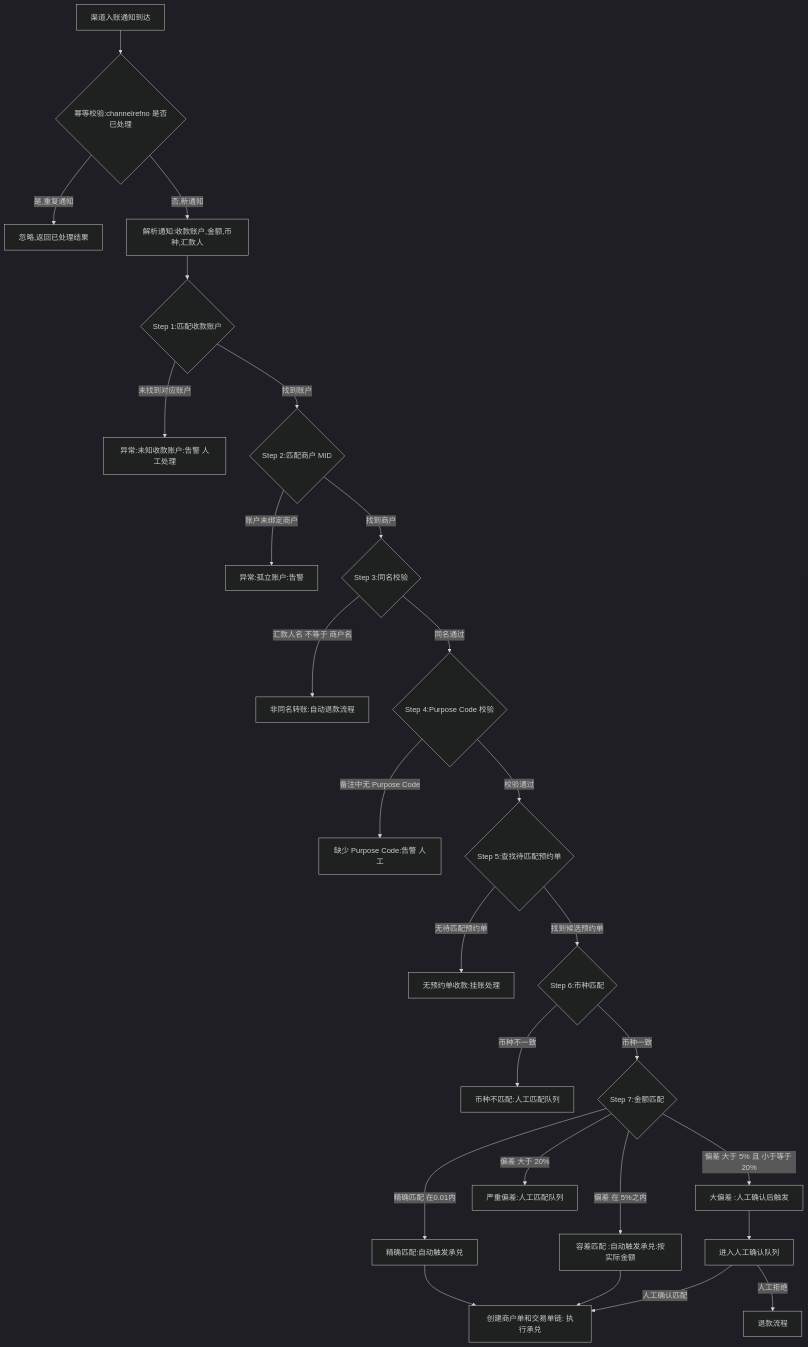
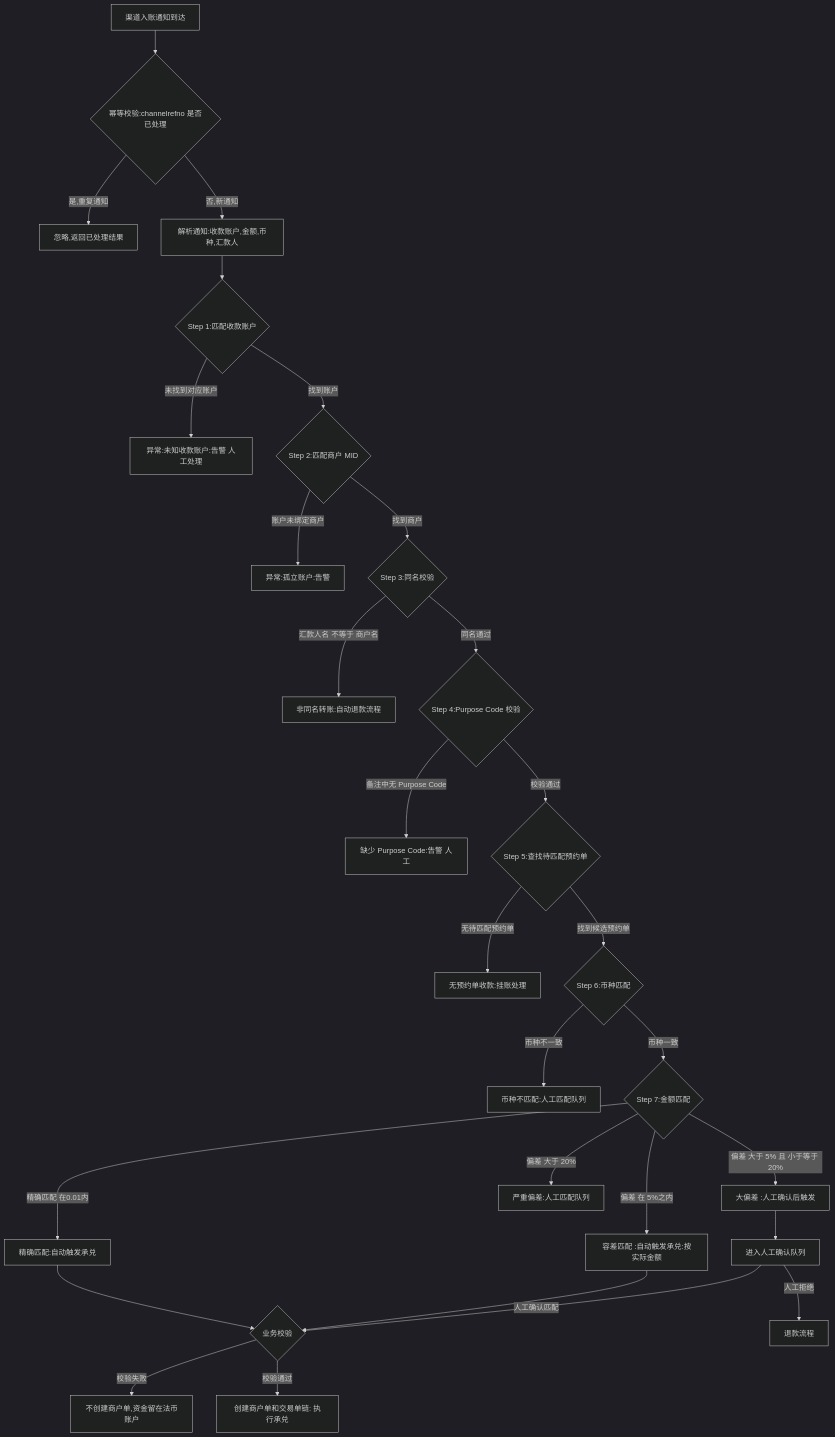
Diagram 11 of 19 in onofframp/prd/onramp-complete.md (xiaoxiaoangie/EX-NEW), drawn with Mermaid (dark theme) before and after one commit. The commit also changed other lines of this file and 10 other files, not shown here.

````diff
--- a/onofframp/prd/onramp-complete.md
+++ b/onofframp/prd/onramp-complete.md
@@ -1147,36 +1149,38 @@
 ```mermaid
 flowchart TD
     A[渠道入账通知到达] --> B{幂等校验:channelrefno 是否已处理}
     B -->|是,重复通知| B1[忽略,返回已处理结果]
     B -->|否,新通知| C[解析通知:收款账户,金额,币种,汇款人]
 
     C --> D{Step 1:匹配收款账户}
     D -->|未找到对应账户| D1[异常:未知收款账户:告警 人工处理]
     D -->|找到账户| E{Step 2:匹配商户 MID}
 
     E -->|账户未绑定商户| E1[异常:孤立账户:告警]
     E -->|找到商户| F{Step 3:同名校验}
 
     F -->|汇款人名 不等于 商户名| F1[非同名转账:自动退款流程]
     F -->|同名通过| G{Step 4:Purpose Code 校验}
 
     G -->|备注中无 Purpose Code| G1[缺少 Purpose Code:告警 人工]
     G -->|校验通过| H{Step 5:查找待匹配预约单}
 
     H -->|无待匹配预约单| H1[无预约单收款:挂账处理]
     H -->|找到候选预约单| I{Step 6:币种匹配}
 
     I -->|币种不一致| I1[币种不匹配:人工匹配队列]
     I -->|币种一致| J{Step 7:金额匹配}
 
     J -->|精确匹配 在0.01内| J1[精确匹配:自动触发承兑]
     J -->|偏差 在 5%之内| J2[容差匹配 :自动触发承兑:按实际金额]
     J -->|偏差 大于 5% 且 小于等于 20%| J3[大偏差 :人工确认后触发]
     J -->|偏差 大于 20%| J4[ 严重偏差:人工匹配队列]
 
-    J1 --> K[创建商户单和交易单链: 执行承兑]
-    J2 --> K
+    J1 --> K0{业务校验}
+    J2 --> K0
+    K0 -->|校验失败| K1[不创建商户单,资金留在法币账户]
+    K0 -->|校验通过| K[创建商户单和交易单链: 执行承兑]
     J3 --> L[进入人工确认队列]
-    L -->|人工确认匹配| K
+    L -->|人工确认匹配| K0
     L -->|人工拒绝| M[退款流程]
 ```
````
